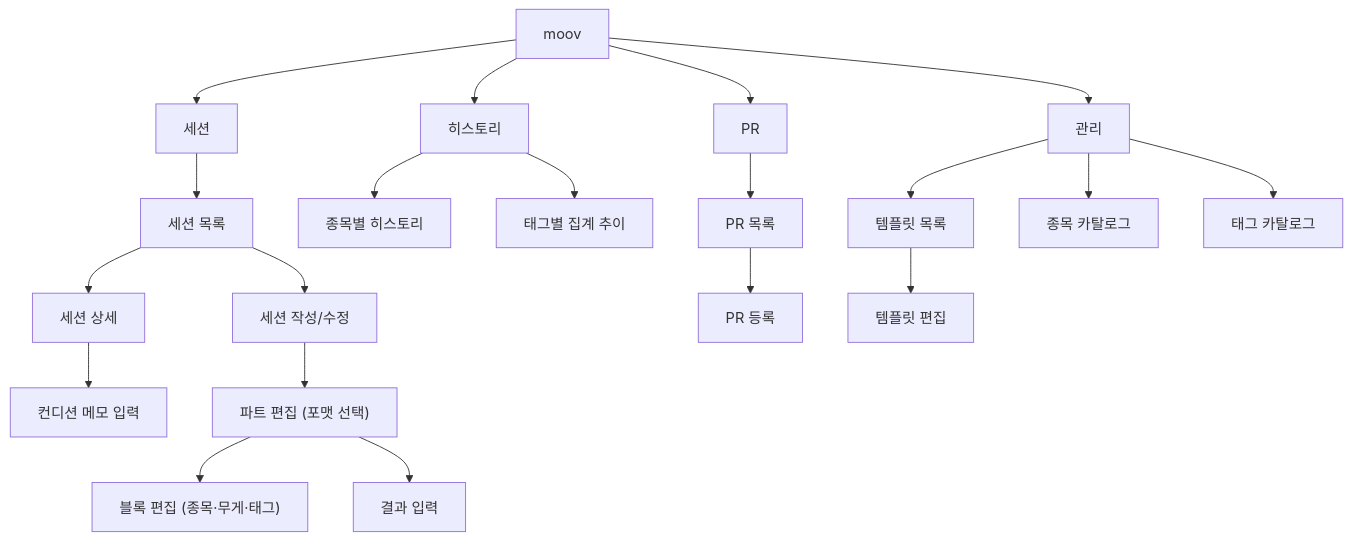
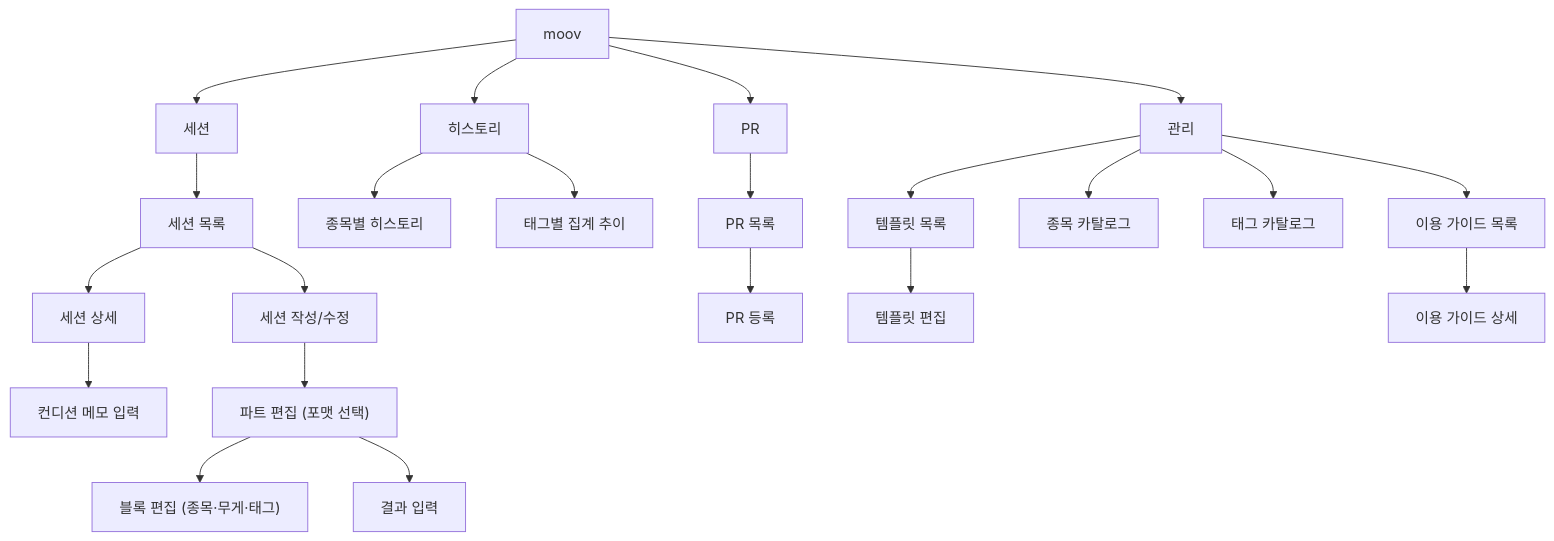
The diagram in docs/information-architecture.md (KalGookSoo/moov), drawn with Mermaid before and after one commit. The commit also changed other lines of this file and 7 other files, not shown here.

````diff
--- a/docs/information-architecture.md
+++ b/docs/information-architecture.md
@@ -9,26 +9,28 @@
 ```mermaid
 flowchart TD
     Root["moov"] --> Sessions["세션"]
     Root --> History["히스토리"]
     Root --> PR["PR"]
     Root --> Manage["관리"]
 
     Sessions --> SessionList["세션 목록"]
     SessionList --> SessionDetail["세션 상세"]
     SessionDetail --> ConditionNoteForm["컨디션 메모 입력"]
     SessionList --> SessionForm["세션 작성/수정"]
     SessionForm --> PartForm["파트 편집 (포맷 선택)"]
     PartForm --> BlockForm["블록 편집 (종목·무게·태그)"]
     PartForm --> ResultForm["결과 입력"]
 
     History --> ExerciseHistory["종목별 히스토리"]
     History --> TagAggregate["태그별 집계 추이"]
 
     PR --> PRList["PR 목록"]
     PRList --> PRForm["PR 등록"]
 
     Manage --> Templates["템플릿 목록"]
     Templates --> TemplateForm["템플릿 편집"]
     Manage --> ExerciseCatalog["종목 카탈로그"]
     Manage --> TagCatalog["태그 카탈로그"]
+    Manage --> UsageGuideList["이용 가이드 목록"]
+    UsageGuideList --> UsageGuideDetail["이용 가이드 상세"]
 ```
````
